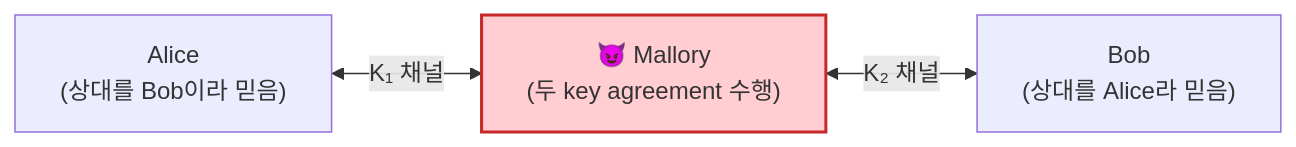
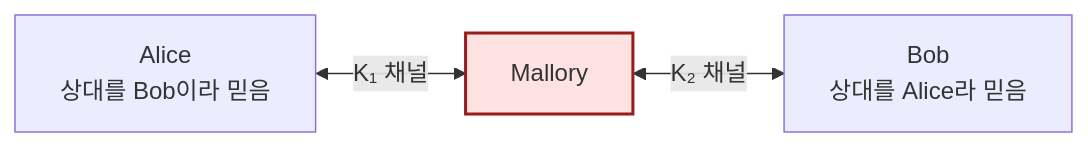
Before and after one commit to KMUTMU/information-security: the third of 6 diagrams in 06_공개키암호_정리.md, drawn with Mermaid. The commit also changed other lines of this file and 5 other files, not shown here.

Commit message:
Mermaid 다이어그램 가독성 개선: 짧은 라벨·이모지 제거·색상 최소화

````diff
--- a/06_공개키암호_정리.md
+++ b/06_공개키암호_정리.md
@@ -88,6 +86,7 @@
 ```mermaid
 flowchart LR
-    A["Alice<br/>(상대를 Bob이라 믿음)"] <-->|"K₁ 채널"| M["😈 Mallory<br/>(두 key agreement 수행)"]
-    M <-->|"K₂ 채널"| B["Bob<br/>(상대를 Alice라 믿음)"]
-    style M fill:#ffcdd2,stroke:#c62828,stroke-width:2px
+    A["Alice<br/>상대를 Bob이라 믿음"] <-->|K₁ 채널| M["Mallory"]
+    M <-->|K₂ 채널| B["Bob<br/>상대를 Alice라 믿음"]
+    classDef bad fill:#fee2e2,stroke:#991b1b,stroke-width:2px
+    class M bad
 ```
````
